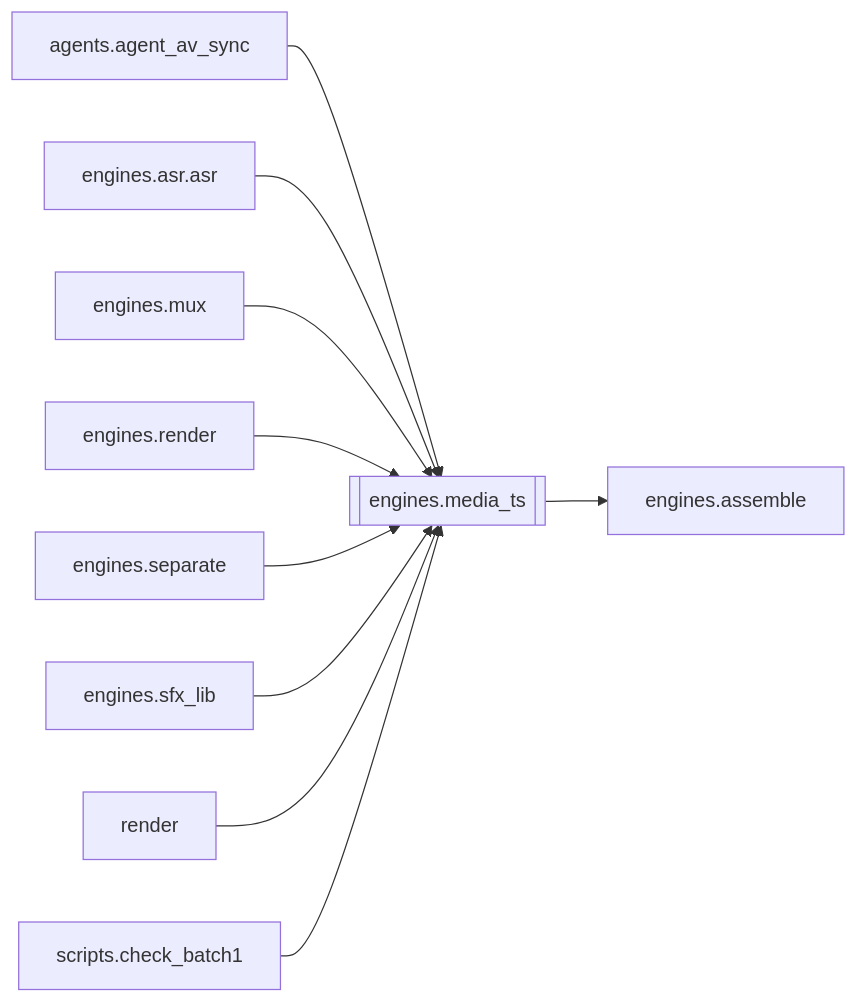
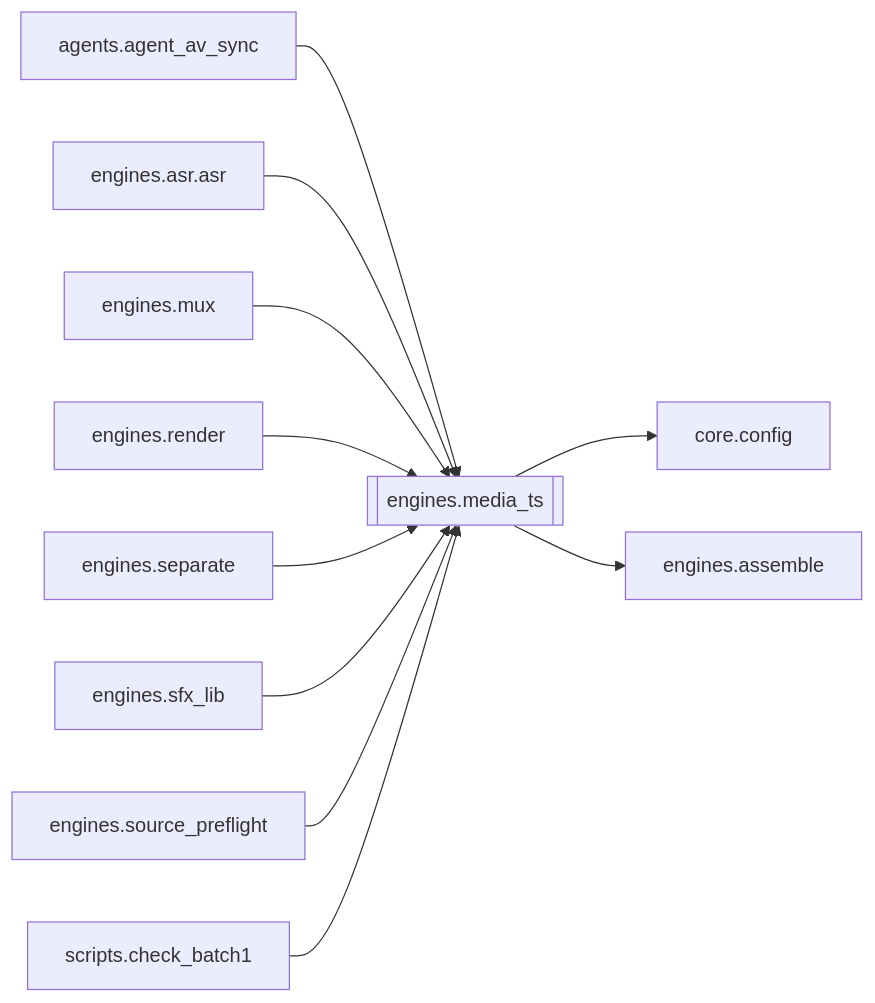
Before and after one commit to kjza178/PinelineV5: the diagram in docs/brain/modules/engines.media_ts.md, drawn with Mermaid. The commit also changed other lines of this file and 227 other files, not shown here.

````diff
--- a/docs/brain/modules/engines.media_ts.md
+++ b/docs/brain/modules/engines.media_ts.md
@@ -17,13 +17,14 @@
 ```mermaid
 flowchart LR
   engines_media_ts[[engines.media_ts]]
   agents_agent_av_sync[agents.agent_av_sync] --> engines_media_ts
   engines_asr_asr[engines.asr.asr] --> engines_media_ts
   engines_mux[engines.mux] --> engines_media_ts
   engines_render[engines.render] --> engines_media_ts
   engines_separate[engines.separate] --> engines_media_ts
   engines_sfx_lib[engines.sfx_lib] --> engines_media_ts
-  render[render] --> engines_media_ts
+  engines_source_preflight[engines.source_preflight] --> engines_media_ts
   scripts_check_batch1[scripts.check_batch1] --> engines_media_ts
+  engines_media_ts --> core_config[core.config]
   engines_media_ts --> engines_assemble[engines.assemble]
 ```
````
